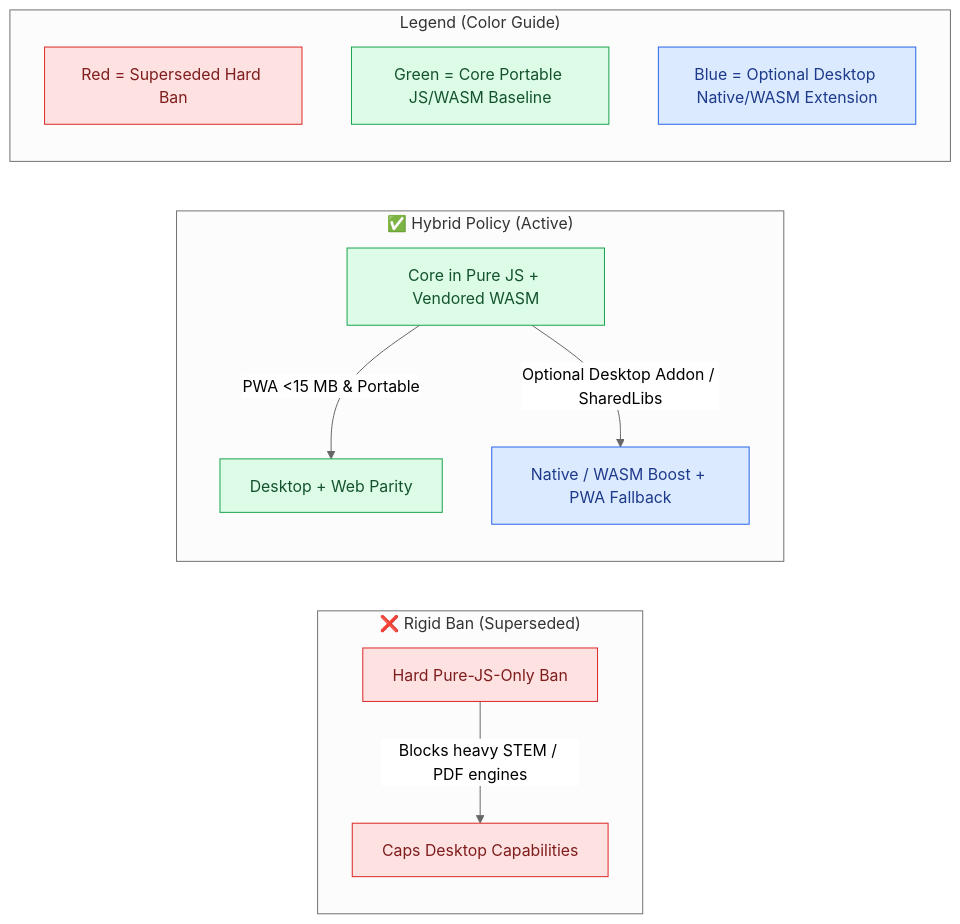
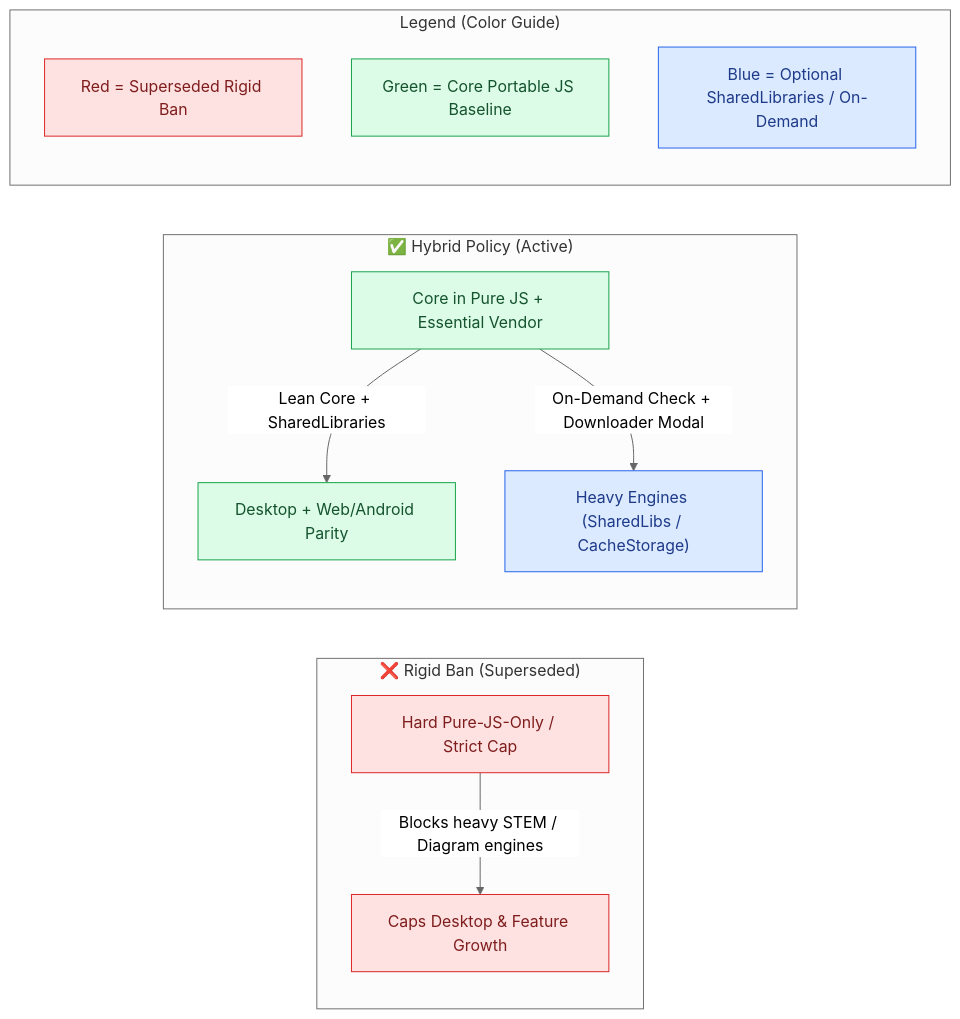
Before and after one commit to Mostakim2005/GaussBoard: the first of 8 diagrams in docs/DECISIONS_AND_TRAPS.md, drawn with Mermaid (neutral theme). The commit also changed other lines of this file and 41 other files, not shown here.

Commit message:
feat: SharedLibraries downloader, Whiteout mask, Tablet Bezier Splines, Compass, Vertical Space, Snap, Sketchy Shapes & pane commands

````diff
--- a/docs/DECISIONS_AND_TRAPS.md
+++ b/docs/DECISIONS_AND_TRAPS.md
@@ -14,21 +14,21 @@
 ```mermaid
 flowchart LR
     classDef oldNode fill:#fee2e2,stroke:#dc2626,color:#7f1d1d
     classDef coreNode fill:#dcfce7,stroke:#16a34a,color:#14532d
     classDef optNode fill:#dbeafe,stroke:#2563eb,color:#1e3a8a
 
     subgraph Superseded["❌ Rigid Ban (Superseded)"]
-        A1["Hard Pure-JS-Only Ban"] -->|"Blocks heavy STEM / PDF engines"| A2["Caps Desktop Capabilities"]
+        A1["Hard Pure-JS-Only / Strict Cap"] -->|"Blocks heavy STEM / Diagram engines"| A2["Caps Desktop & Feature Growth"]
     end
     subgraph Active["✅ Hybrid Policy (Active)"]
-        B1["Core in Pure JS + Vendored WASM"]:::coreNode -->|"PWA <15 MB & Portable"| B2["Desktop + Web Parity"]:::coreNode
-        B1 -->|"Optional Desktop Addon / SharedLibs"| B3["Native / WASM Boost + PWA Fallback"]:::optNode
+        B1["Core in Pure JS + Essential Vendor"]:::coreNode -->|"Lean Core + SharedLibraries"| B2["Desktop + Web/Android Parity"]:::coreNode
+        B1 -->|"On-Demand Check + Downloader Modal"| B3["Heavy Engines (SharedLibs / CacheStorage)"]:::optNode
     end
     class A1,A2 oldNode
 
     subgraph Legend["Legend (Color Guide)"]
-        L1["Red = Superseded Hard Ban"]:::oldNode
-        L2["Green = Core Portable JS/WASM Baseline"]:::coreNode
-        L3["Blue = Optional Desktop Native/WASM Extension"]:::optNode
+        L1["Red = Superseded Rigid Ban"]:::oldNode
+        L2["Green = Core Portable JS Baseline"]:::coreNode
+        L3["Blue = Optional SharedLibraries / On-Demand"]:::optNode
     end
 ```
````
